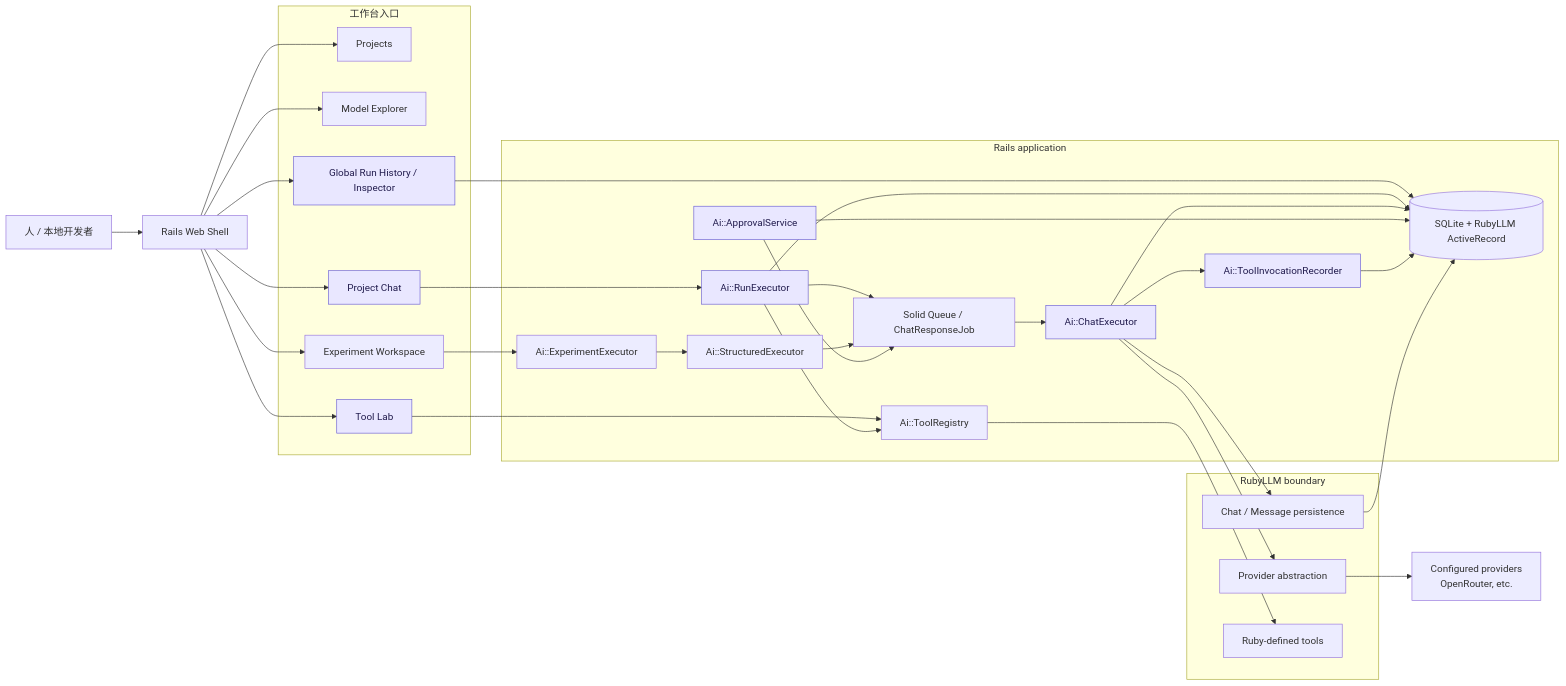
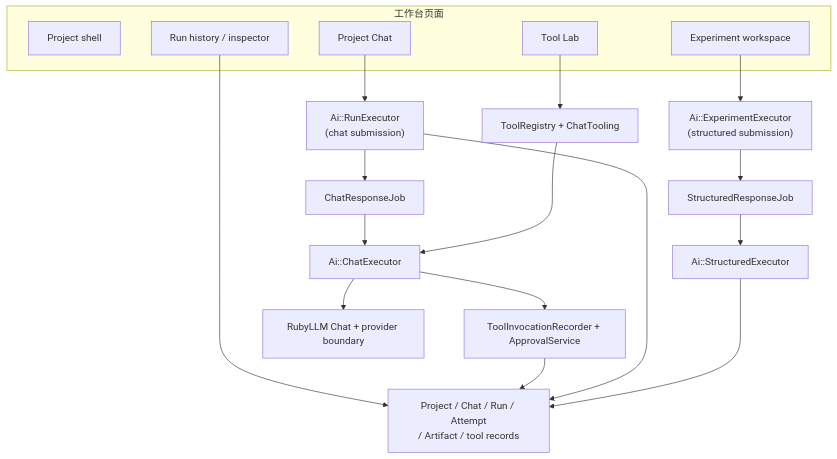
The second of 7 diagrams in docs/ARCHITECTURE.md (yorzi/rubyllm-workbench), drawn with Mermaid before and after one commit. The commit also changed other lines of this file and 8 other files, not shown here.

````diff
--- a/docs/ARCHITECTURE.md
+++ b/docs/ARCHITECTURE.md
@@ -11,63 +45,36 @@
 ```mermaid
-flowchart LR
-    Human["人 / 本地开发者"] --> Web["Rails Web Shell"]
-
-    subgraph UI["工作台入口"]
-      Projects["Projects"]
-      Models["Model Explorer"]
-      Chat["Project Chat"]
-      Tools["Tool Lab"]
-      Experiments["Experiment Workspace"]
-      Runs["Global Run History / Inspector"]
+flowchart TD
+    subgraph UI["工作台页面"]
+        ProjectUI["Project shell"]
+        ChatUI["Project Chat"]
+        ExperimentUI["Experiment workspace"]
+        ToolUI["Tool Lab"]
+        RunUI["Run history / inspector"]
     end
 
-    Web --> Projects
-    Web --> Models
-    Web --> Chat
-    Web --> Tools
-    Web --> Experiments
-    Web --> Runs
+    RunExecutor["Ai::RunExecutor\n(chat submission)"]
+    ExperimentExecutor["Ai::ExperimentExecutor\n(structured submission)"]
+    StructuredExecutor["Ai::StructuredExecutor"]
+    ChatJob["ChatResponseJob"]
+    StructuredJob["StructuredResponseJob"]
+    ChatExecutor["Ai::ChatExecutor"]
+    Tooling["ToolRegistry + ChatTooling"]
+    Audit["ToolInvocationRecorder + ApprovalService"]
+    Records["Project / Chat / Run / Attempt\n/ Artifact / tool records"]
+    RubyLLM["RubyLLM Chat + provider boundary"]
 
-    subgraph Rails["Rails application"]
-      RunExecutor["Ai::RunExecutor"]
-      ExperimentExecutor["Ai::ExperimentExecutor"]
-      ChatExecutor["Ai::ChatExecutor"]
-      StructuredExecutor["Ai::StructuredExecutor"]
-      ToolRegistry["Ai::ToolRegistry"]
-      ToolRecorder["Ai::ToolInvocationRecorder"]
-      ApprovalService["Ai::ApprovalService"]
-      Queue["Solid Queue / ChatResponseJob"]
-      DB[("SQLite + RubyLLM ActiveRecord")]
-    end
-
-    Chat --> RunExecutor
-    Tools --> ToolRegistry
-    Experiments --> ExperimentExecutor
-    Runs --> DB
-    RunExecutor --> ToolRegistry
-    RunExecutor --> DB
-    RunExecutor --> Queue
-    ExperimentExecutor --> StructuredExecutor
-    StructuredExecutor --> Queue
-    Queue --> ChatExecutor
-    ChatExecutor --> ToolRecorder
-    ChatExecutor --> DB
-    ApprovalService --> Queue
-    ApprovalService --> DB
-    ToolRecorder --> DB
-
-    subgraph RubyLLM["RubyLLM boundary"]
-      Conversation["Chat / Message persistence"]
-      ProviderAdapter["Provider abstraction"]
-      RubyTools["Ruby-defined tools"]
-    end
-
-    ChatExecutor --> Conversation
-    ChatExecutor --> ProviderAdapter
-    ToolRegistry --> RubyTools
-    ProviderAdapter --> Providers["Configured providers\nOpenRouter, etc."]
-    Conversation --> DB
-
-    classDef current fill:#e9e7ff,stroke:#6558d3,color:#211b4d;
-    class Chat,Tools,Runs,RunExecutor,ChatExecutor,ToolRecorder,ApprovalService current;
+    ChatUI --> RunExecutor
+    ExperimentUI --> ExperimentExecutor
+    ToolUI --> Tooling
+    RunUI --> Records
+    RunExecutor --> ChatJob
+    ExperimentExecutor --> StructuredJob
+    StructuredJob --> StructuredExecutor
+    ChatJob --> ChatExecutor
+    ChatExecutor --> RubyLLM
+    ChatExecutor --> Audit
+    Audit --> Records
+    Tooling --> ChatExecutor
+    RunExecutor --> Records
+    StructuredExecutor --> Records
 ```
````
